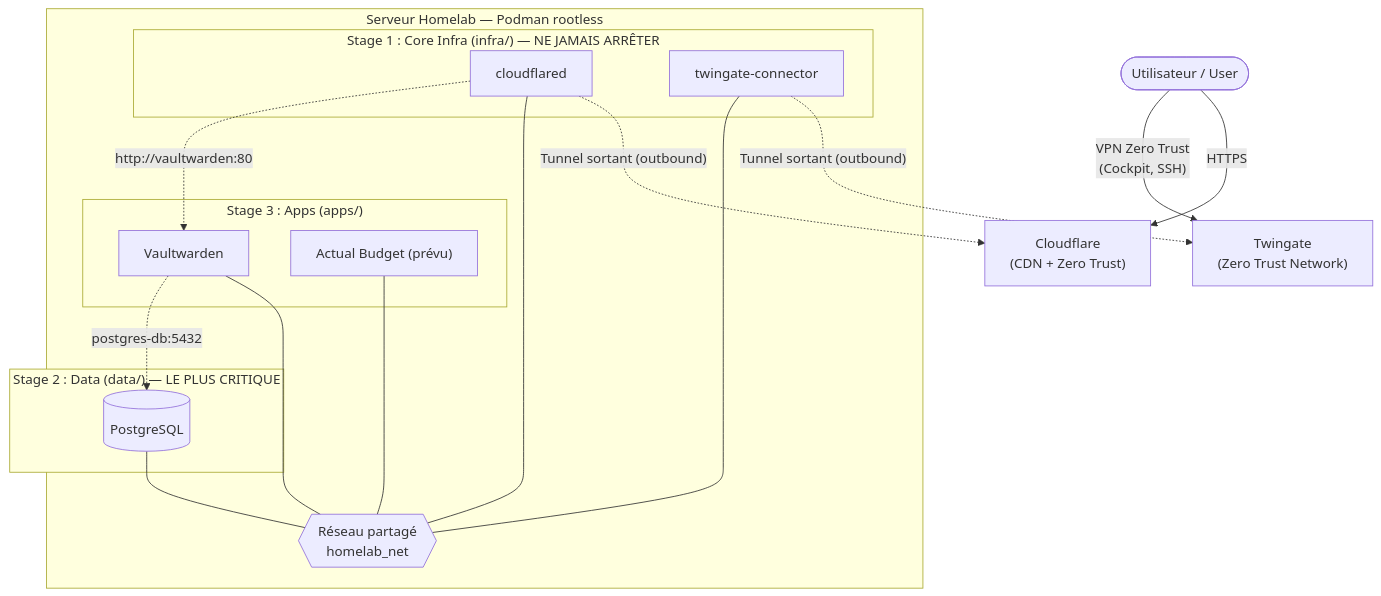
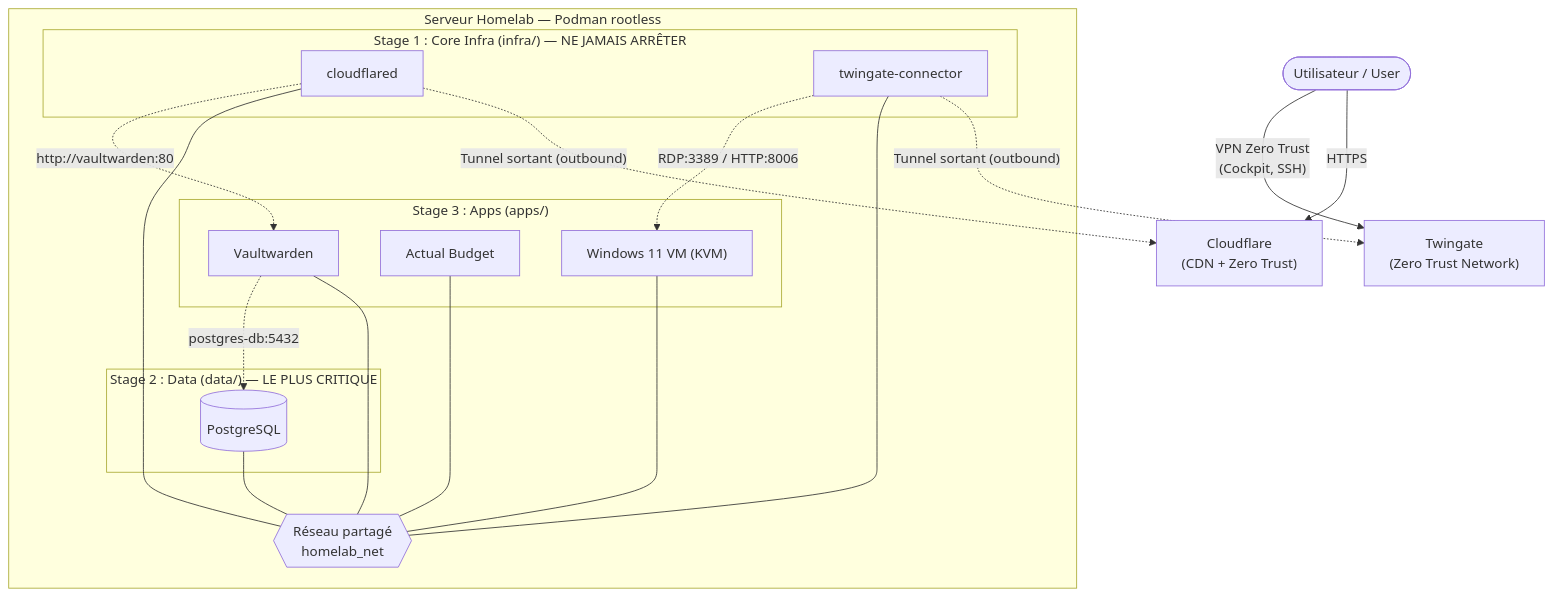
Before and after one commit to altasu/homelab: the diagram in docs/architecture.md, drawn with Mermaid. The commit also changed 5 other files, not shown here.

````diff
--- a/docs/architecture.md
+++ b/docs/architecture.md
@@ -5,36 +5,39 @@
 ```mermaid
 flowchart TB
     user(["Utilisateur / User"])
     cf["Cloudflare<br>(CDN + Zero Trust)"]
     tg["Twingate<br>(Zero Trust Network)"]
 
     user -->|"HTTPS"| cf
     user -->|"VPN Zero Trust<br>(Cockpit, SSH)"| tg
 
     subgraph server["Serveur Homelab — Podman rootless"]
         subgraph infra["Stage 1 : Core Infra (infra/) — NE JAMAIS ARRÊTER"]
             cloudflared["cloudflared"]
             twingate["twingate-connector"]
         end
         subgraph apps["Stage 3 : Apps (apps/)"]
             vw["Vaultwarden"]
-            ab["Actual Budget (prévu)"]
+            ab["Actual Budget"]
+            win["Windows 11 VM (KVM)"]
         end
         subgraph data["Stage 2 : Data (data/) — LE PLUS CRITIQUE"]
             pg[("PostgreSQL")]
         end
         net{{"Réseau partagé<br>homelab_net"}}
     end
 
     cloudflared -.->|"Tunnel sortant (outbound)"| cf
     twingate -.->|"Tunnel sortant (outbound)"| tg
 
     cloudflared --- net
     twingate --- net
     vw --- net
     ab --- net
+    win --- net
     pg --- net
 
     cloudflared -.->|"http://vaultwarden:80"| vw
+    twingate -.->|"RDP:3389 / HTTP:8006"| win
     vw -.->|"postgres-db:5432"| pg
 ```
````
